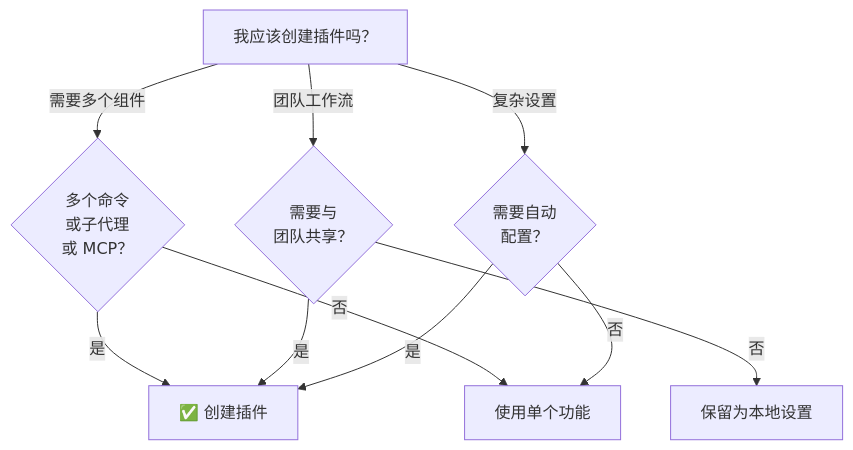
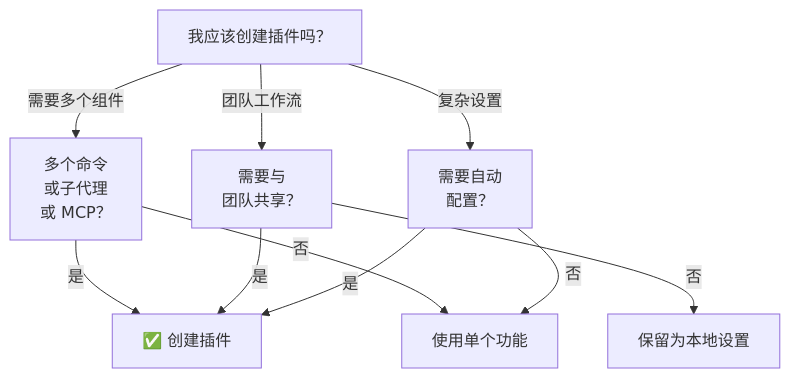
Before and after one commit to Rx782-Fss/claude-howto-zh: diagram 26 of 31 in claude_concepts_guide.md, drawn with Mermaid. The commit also changed other lines of this file and 3 other files, not shown here.

Commit message:
fix: 将所有 Mermaid 菱形节点{}中文改为方形[]避免 GitHub Parse error (10处)

````diff
--- a/claude_concepts_guide.md
+++ b/claude_concepts_guide.md
@@ -2483,13 +2483,13 @@
 ```mermaid
 graph TD
     A["我应该创建插件吗？"]
-    A -->|需要多个组件| B{"多个命令<br/>或子代理<br/>或 MCP？"}
+    A -->|需要多个组件| B["多个命令<br/>或子代理<br/>或 MCP？"]
     B -->|是| C["✅ 创建插件"]
     B -->|否| D["使用单个功能"]
-    A -->|团队工作流| E{"需要与<br/>团队共享？"}
+    A -->|团队工作流| E["需要与<br/>团队共享？"]
     E -->|是| C
     E -->|否| F["保留为本地设置"]
-    A -->|复杂设置| G{"需要自动<br/>配置？"}
+    A -->|复杂设置| G["需要自动<br/>配置？"]
     G -->|是| C
     G -->|否| D
 ```
````
